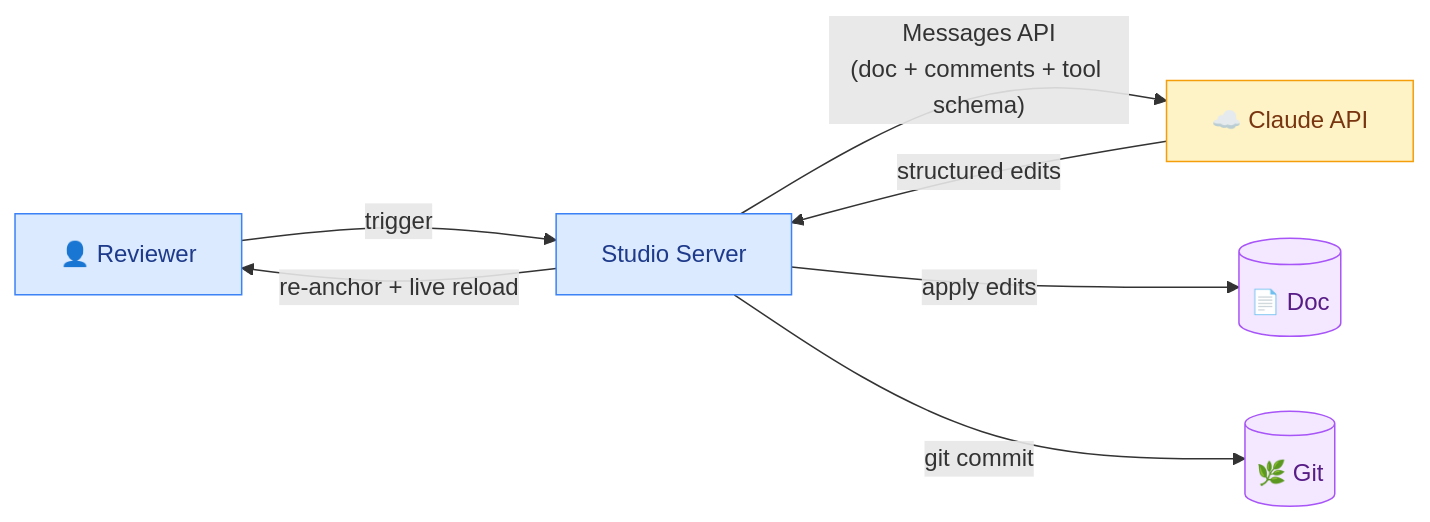
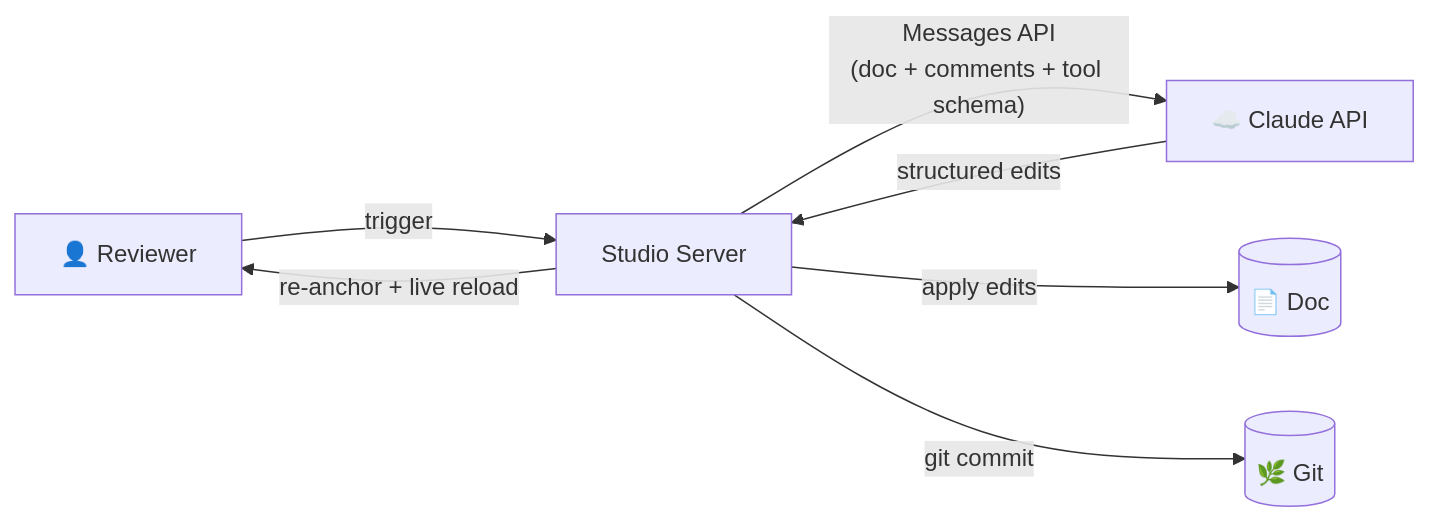
One commit to omars-lab/omars-lab.github.io changed the sixth of 15 diagrams in bytesofpurpose-blog/designs/2026-06-22-markdown-review-studio.mdx. Above: the diagram before and after it, drawn with Mermaid. The commit also changed other lines of this file and 6 other files, not shown here.

First line of the commit message:
feat(designs): on-brand mermaid theme + dark-mode-adaptive diagrams

````diff
--- a/bytesofpurpose-blog/designs/2026-06-22-markdown-review-studio.mdx
+++ b/bytesofpurpose-blog/designs/2026-06-22-markdown-review-studio.mdx
@@ -449,16 +415,10 @@
 ```mermaid
 graph LR
     U["👤 Reviewer"] -->|"trigger"| S["Studio Server"]
     S -->|"Messages API<br/>(doc + comments + tool schema)"| API["☁️ Claude API"]
     API -->|"structured edits"| S
     S -->|"apply edits"| FS[("📄 Doc")]
     S -->|"git commit"| G[("🌿 Git")]
     S -->|"re-anchor + live reload"| U
 
-    classDef u fill:#dbeafe,stroke:#3b82f6,color:#1e3a8a
-    classDef agent fill:#fef3c7,stroke:#f59e0b,color:#78350f
-    classDef store fill:#f3e8ff,stroke:#a855f7,color:#581c87
-    class U,S u
-    class API agent
-    class FS,G store
 ```
````
